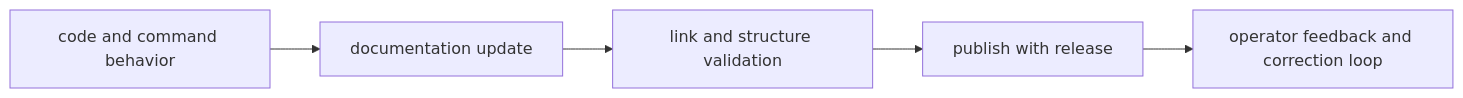
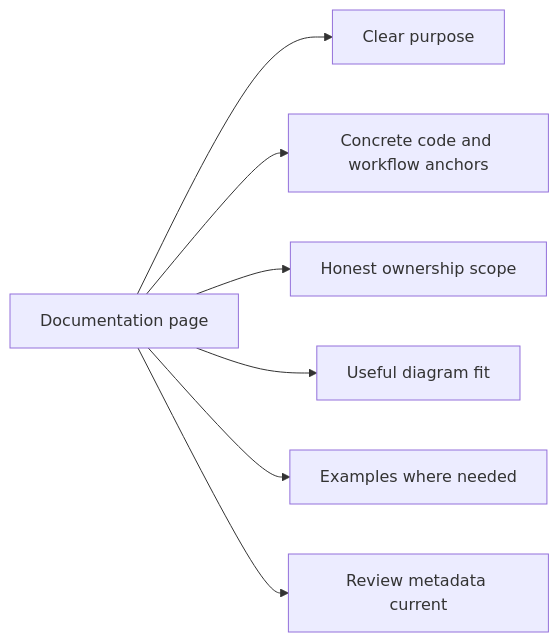
One commit to bijux/bijux-cli changed the diagram in docs/bijux-dag/quality/documentation-standards.md. Above: the diagram before and after it, drawn with Mermaid.

Commit message:
docs(bijux-dag): reframe documentation standards visual as quality checklist map

````diff
--- a/docs/bijux-dag/quality/documentation-standards.md
+++ b/docs/bijux-dag/quality/documentation-standards.md
@@ -17,7 +17,9 @@
 ```mermaid
 flowchart LR
-    source[code and command behavior] --> docs[documentation update]
-    docs --> verify[link and structure validation]
-    verify --> publish[publish with release]
-    publish --> feedback[operator feedback and correction loop]
+  Page[Documentation page] --> Purpose[Clear purpose]
+  Page --> Anchors[Concrete code and workflow anchors]
+  Page --> Scope[Honest ownership scope]
+  Page --> Diagram[Useful diagram fit]
+  Page --> Examples[Examples where needed]
+  Page --> Review[Review metadata current]
 ```
````
